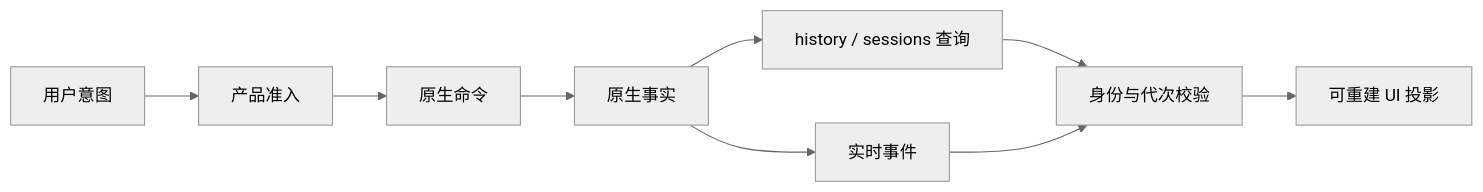
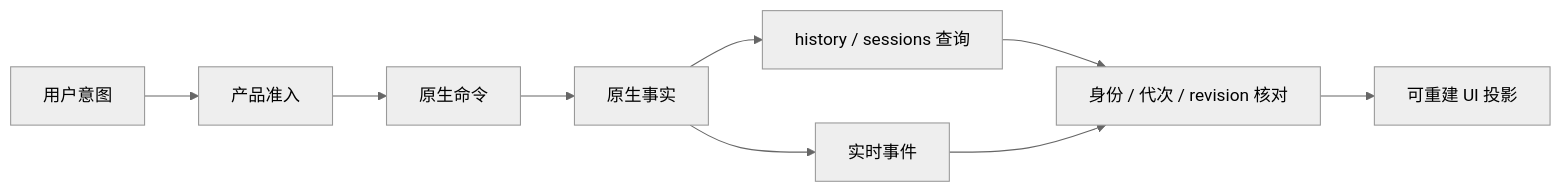
Before and after one commit to liangxhao/JustDo: the diagram in docs/architecture/13-pure-frontend-design.md, drawn with Mermaid (neutral theme). The commit also changed other lines of this file and 70 other files, not shown here.

Commit message:
docs: reorganize architecture, features, and plans

````diff
--- a/docs/architecture/13-pure-frontend-design.md
+++ b/docs/architecture/13-pure-frontend-design.md
@@ -21,11 +17,11 @@
 ```mermaid
 flowchart LR
   Intent[用户意图] --> Admission[产品准入]
   Admission --> Command[原生命令]
   Command --> Native[原生事实]
   Native --> Query[history / sessions 查询]
   Native --> Event[实时事件]
-  Query --> Reconcile[身份与代次校验]
+  Query --> Reconcile[身份 / 代次 / revision 核对]
   Event --> Reconcile
   Reconcile --> View[可重建 UI 投影]
 ```
````
